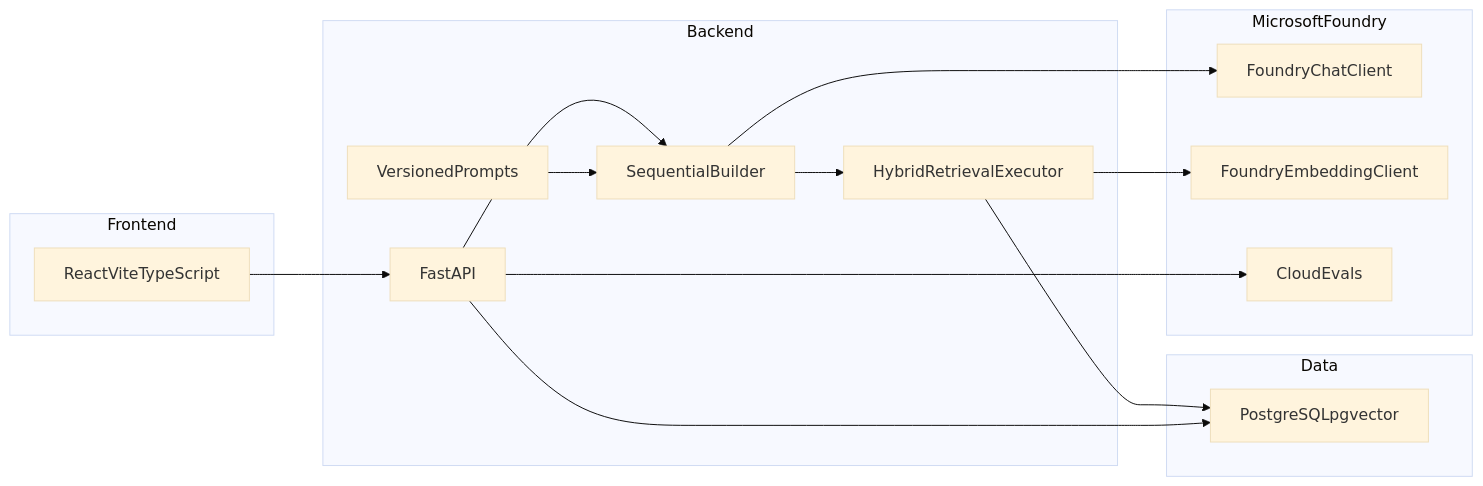
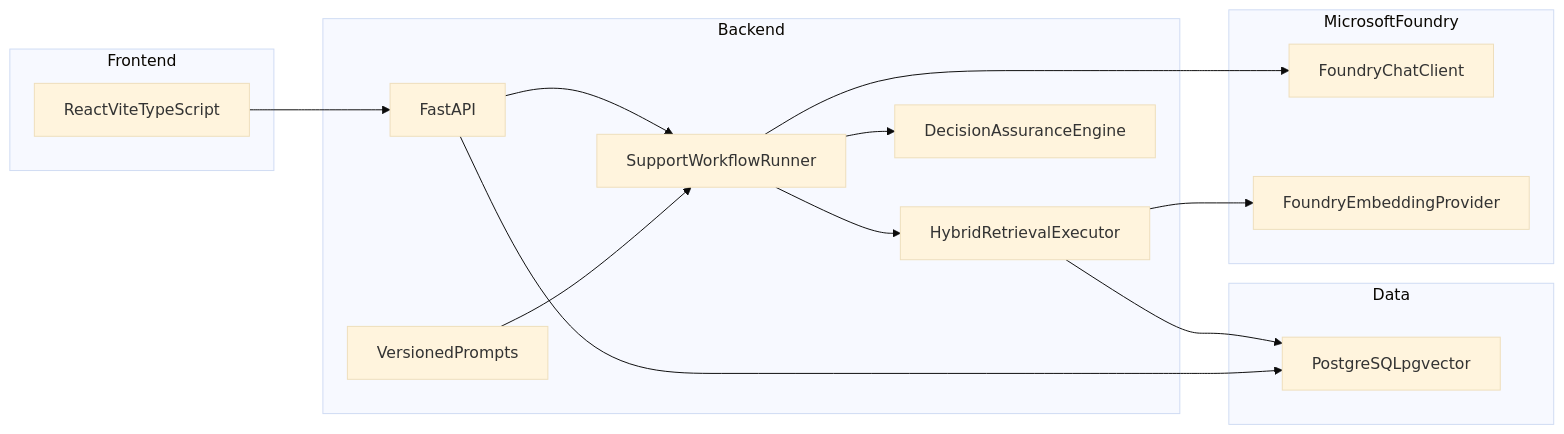
One commit to Adellaghmari/ai-operations-copilot changed the diagram in docs/ARCHITECTURE.md. Above: the diagram before and after it, drawn with Mermaid (base theme). The commit also changed other lines of this file and 128 other files, not shown here.

Commit message:
Add decision assurance and retrieval

````diff
--- a/docs/ARCHITECTURE.md
+++ b/docs/ARCHITECTURE.md
@@ -7,29 +7,29 @@
 ```mermaid
 flowchart LR
   subgraph ui [Frontend]
     ReactApp[ReactViteTypeScript]
   end
   subgraph api [Backend]
     FastAPI[FastAPI]
-    Workflow[SequentialBuilder]
+    Workflow[SupportWorkflowRunner]
     Retrieval[HybridRetrievalExecutor]
+    Assurance[DecisionAssuranceEngine]
     Prompts[VersionedPrompts]
   end
   subgraph data [Data]
     Postgres[PostgreSQLpgvector]
   end
   subgraph foundry [MicrosoftFoundry]
     Chat[FoundryChatClient]
-    Embed[FoundryEmbeddingClient]
-    Evals[CloudEvals]
+    Embed[FoundryEmbeddingProvider]
   end
   ReactApp --> FastAPI
   FastAPI --> Workflow
   Workflow --> Retrieval
   Workflow --> Chat
+  Workflow --> Assurance
   Retrieval --> Embed
   Retrieval --> Postgres
   FastAPI --> Postgres
-  FastAPI --> Evals
   Prompts --> Workflow
 ```
````
